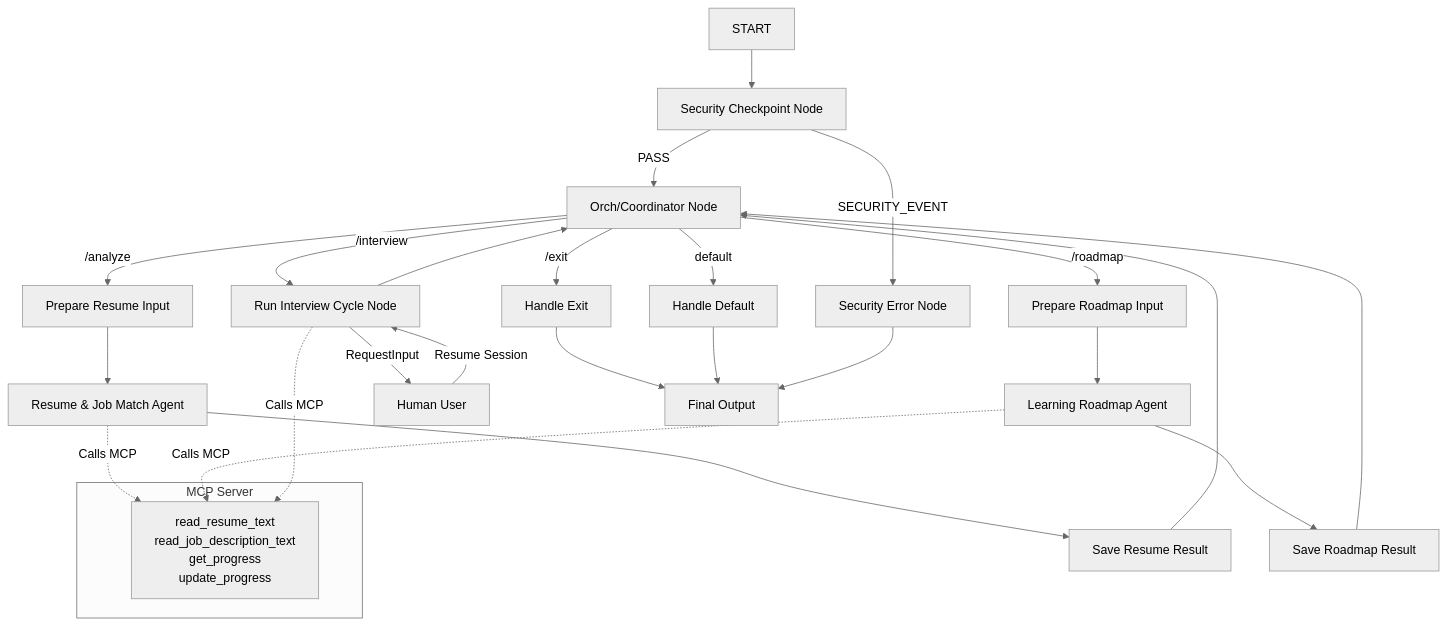
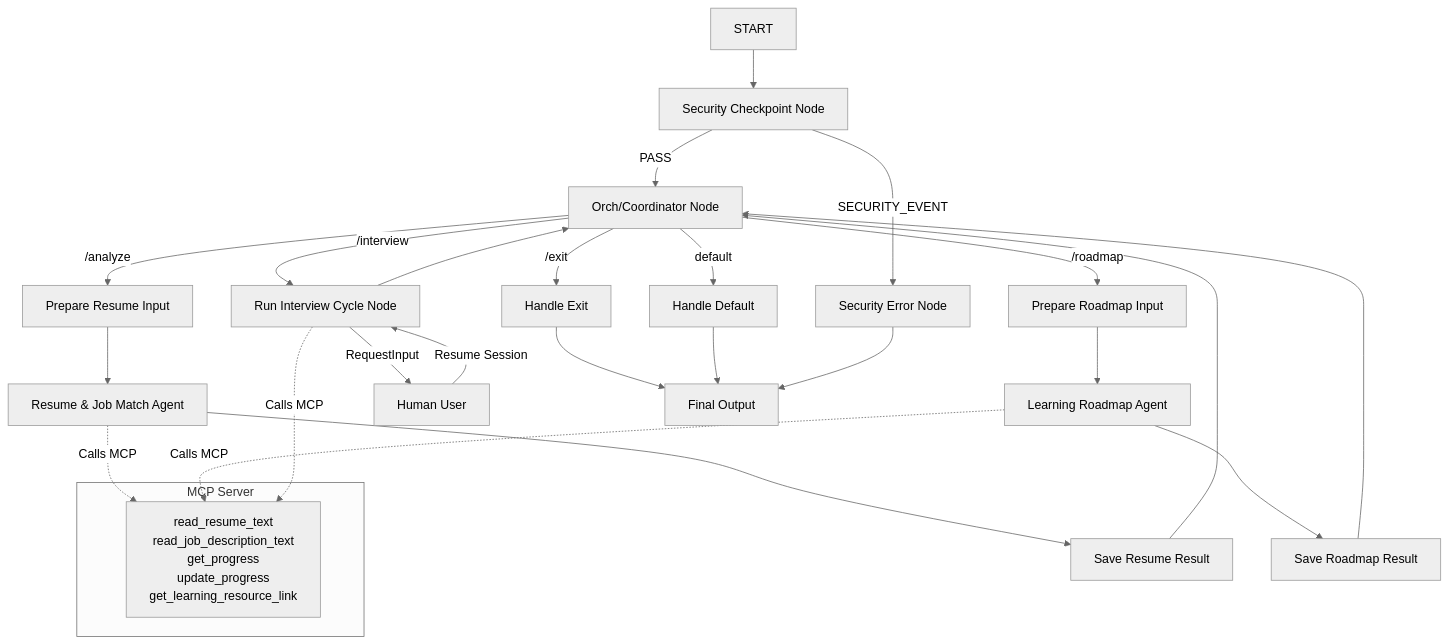
One commit to sahanfernad/career-copilot changed the diagram in README.md. Above: the diagram before and after it, drawn with Mermaid (neutral theme). The commit also changed 1 other file, not shown here.

Commit message:
Docs: add get_learning_resource_link to MCP Server diagram in README and writeup

````diff
--- a/README.md
+++ b/README.md
@@ -45,36 +45,36 @@
 ```mermaid
 graph TD
     START[START] --> SecCheck[Security Checkpoint Node]
     SecCheck -->|SECURITY_EVENT| SecError[Security Error Node]
     SecCheck -->|PASS| Orch[Orch/Coordinator Node]
     
     Orch -->|/analyze| PrepResume[Prepare Resume Input]
     PrepResume --> ResumeAgent[Resume & Job Match Agent]
     ResumeAgent --> SaveResume[Save Resume Result]
     SaveResume --> Orch
     
     Orch -->|/roadmap| PrepRoadmap[Prepare Roadmap Input]
     PrepRoadmap --> RoadmapAgent[Learning Roadmap Agent]
     RoadmapAgent --> SaveRoadmap[Save Roadmap Result]
     SaveRoadmap --> Orch
     
     Orch -->|/interview| InterviewCycle[Run Interview Cycle Node]
     InterviewCycle -->|RequestInput| Human[Human User]
     Human -->|Resume Session| InterviewCycle
     InterviewCycle --> Orch
     
     Orch -->|/exit| FinalExit[Handle Exit]
     Orch -->|default| FinalDefault[Handle Default]
     
     FinalExit --> Final[Final Output]
     FinalDefault --> Final
     SecError --> Final
 
     subgraph MCP Server
-        Tools[read_resume_text<br>read_job_description_text<br>get_progress<br>update_progress]
+        Tools[read_resume_text<br>read_job_description_text<br>get_progress<br>update_progress<br>get_learning_resource_link]
     end
     
     ResumeAgent -.->|Calls MCP| Tools
     RoadmapAgent -.->|Calls MCP| Tools
     InterviewCycle -.->|Calls MCP| Tools
 ```
````
